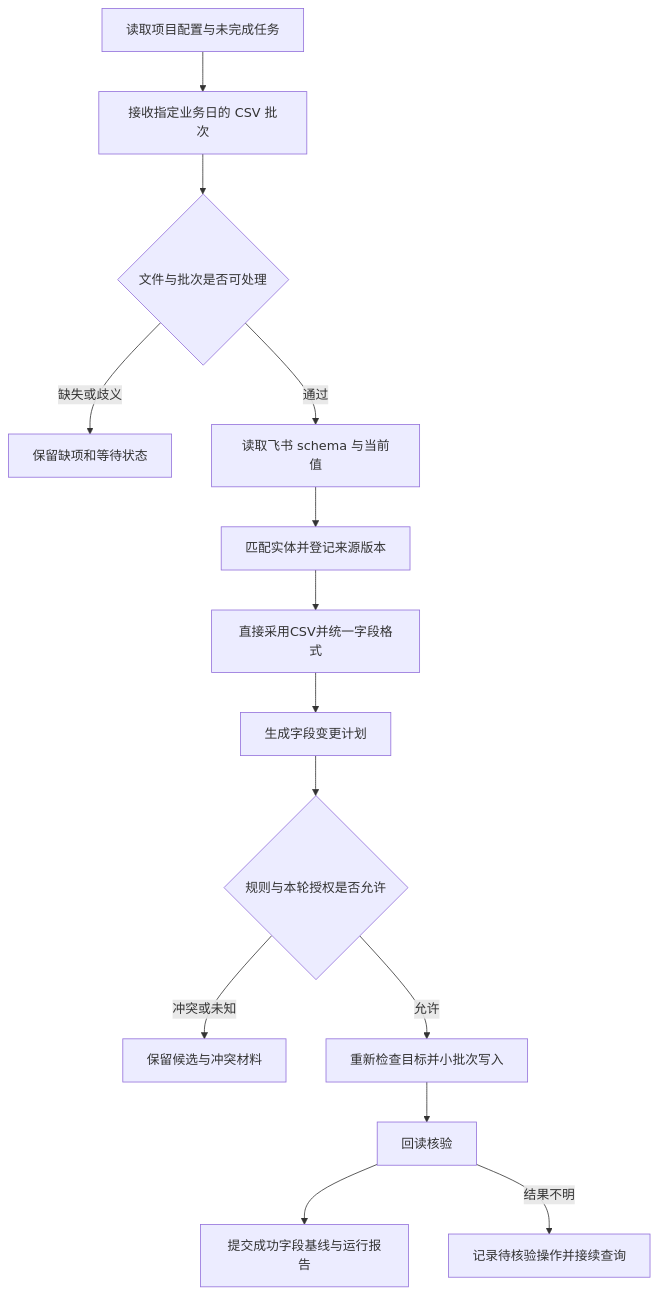
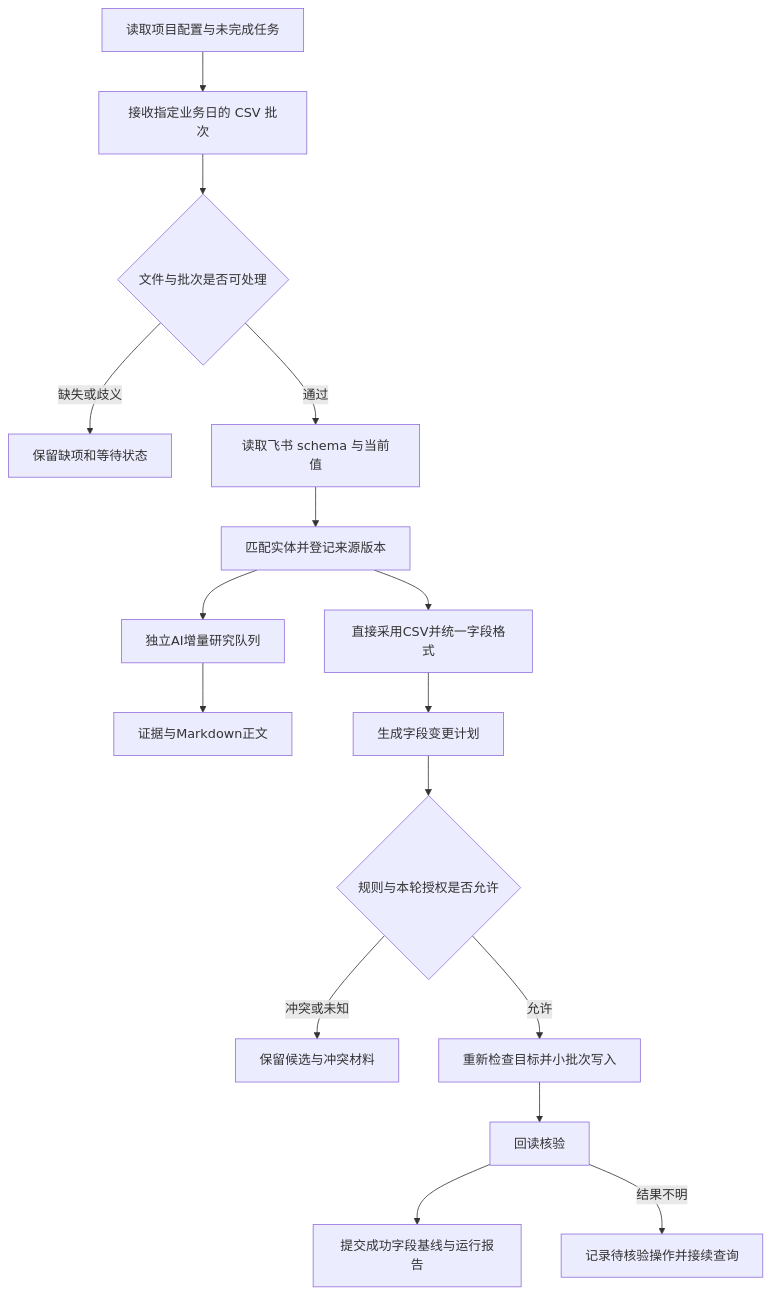
One commit to DreamSoul-AI/modelexp changed the diagram in docs/架构设计 Architecture Design 模型调研自动化.md. Above: the diagram before and after it, drawn with Mermaid. The commit also changed other lines of this file and 129 other files, not shown here.

````diff
--- a/docs/架构设计 Architecture Design 模型调研自动化.md
+++ b/docs/架构设计 Architecture Design 模型调研自动化.md
@@ -56,16 +56,18 @@
 ```mermaid
 flowchart TD
     A[读取项目配置与未完成任务] --> B[接收指定业务日的 CSV 批次]
     B --> C{文件与批次是否可处理}
     C -->|缺失或歧义| D[保留缺项和等待状态]
     C -->|通过| E[读取飞书 schema 与当前值]
     E --> F[匹配实体并登记来源版本]
     F --> G[直接采用CSV并统一字段格式]
+    F --> R[独立AI增量研究队列]
+    R --> S[证据与Markdown正文]
     G --> H[生成字段变更计划]
     H --> I{规则与本轮授权是否允许}
     I -->|冲突或未知| J[保留候选与冲突材料]
     I -->|允许| K[重新检查目标并小批次写入]
     K --> L[回读核验]
     L --> M[提交成功字段基线与运行报告]
     L -->|结果不明| N[记录待核验操作并接续查询]
 ```
````
